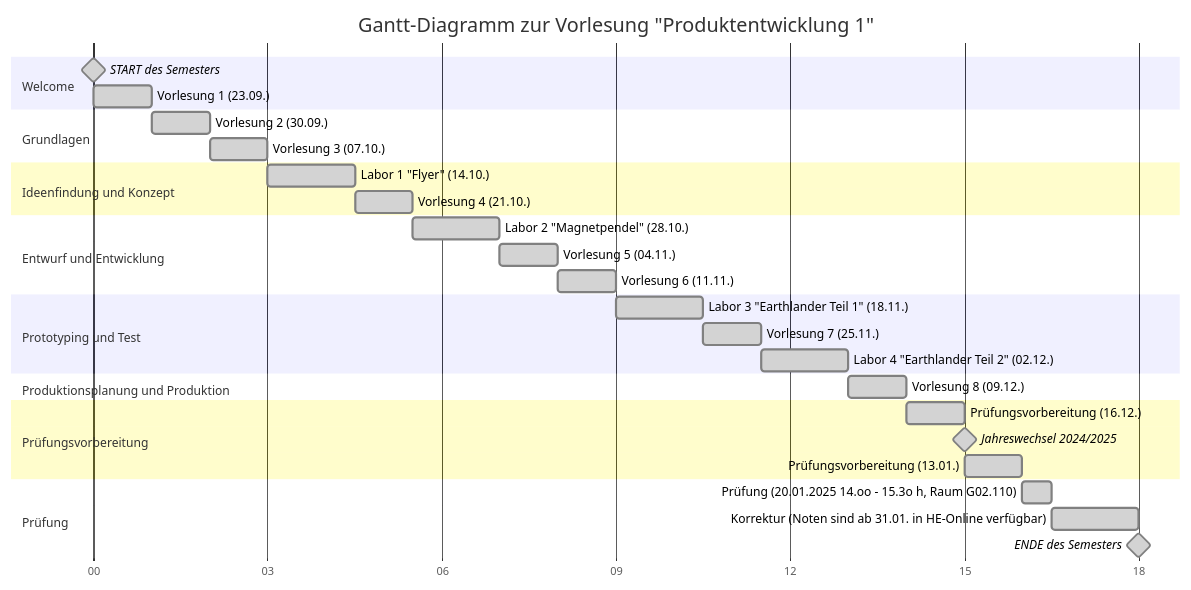
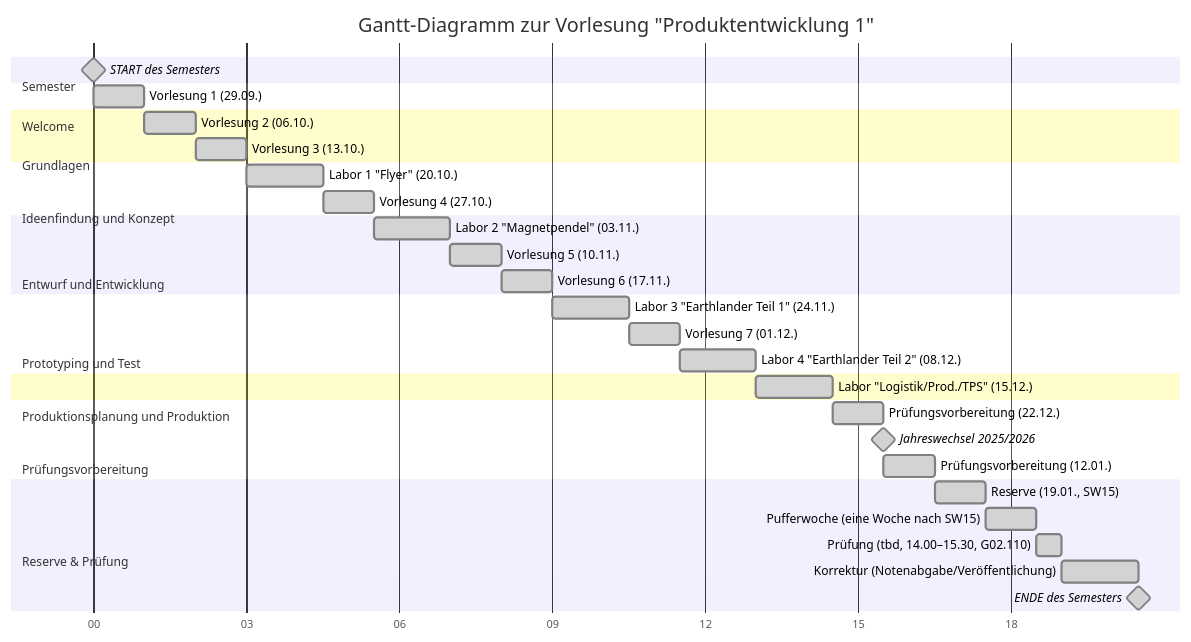
Before and after one commit to mrossde/PE1_PE2: the diagram in Termine.qmd, drawn with Mermaid. The commit also changed other lines of this file, not shown here.

````diff
--- a/Termine.qmd
+++ b/Termine.qmd
@@ -116,38 +228,51 @@
 ```{mermaid}
-%%| fig-width: 
-%%| label: fig-label-gntvorlesungpe1
-%%| fig-cap: "Gantt-Diagramm zur Vorlesung PE1 im Wintersemester 2024/2025 (1 Zeiteinheit = 4x45min)"
+%%| label: fig-gnt-vorl-ws25-units
+%%| fig-cap: "Gantt-Diagramm zur Vorlesung PE1 im Wintersemester 2025/2026 (1 Zeiteinheit = 4×45 min ≙ 1 Doppelblock)"
 gantt
 title Gantt-Diagramm zur Vorlesung "Produktentwicklung 1"
     dateFormat HH:mm
     axisFormat %H
     todayMarker off
 
+    section Semester
+    START des Semesters                          : done, milestone, m1, 00:00, 0m
+
     section Welcome
-    START des Semesters: done, milestone, m1, 00:00, 0m
-    Vorlesung 1 (23.09.) : done, t1, after m1, 1h
+    Vorlesung 1 (29.09.)                         : done, v1,  after m1, 1h
+
     section Grundlagen
-    Vorlesung 2 (30.09.) : done, t2, after t1, 1h
-    Vorlesung 3 (07.10.) : done, t3, after t2, 1h
+    Vorlesung 2 (06.10.)                         : done, v2,  after v1, 1h
+    Vorlesung 3 (13.10.)                         : done, v3,  after v2, 1h
+
     section Ideenfindung und Konzept
-    Labor 1 "Flyer" (14.10.): done, l1, after t3, 90m
-    Vorlesung 4 (21.10.) : done, t4, after l1, 1h
+    Labor 1 "Flyer" (20.10.)                     : done, l1,  after v3, 90m
+    Vorlesung 4 (27.10.)                         : done, v4,  after l1, 1h
+
     section Entwurf und Entwicklung
-    Labor 2 "Magnetpendel" (28.10.) : done, l2, after t4, 90m
-    Vorlesung 5 (04.11.) : done, t5, after l2, 1h
-    Vorlesung 6 (11.11.) : done, t6, after t5, 1h
+    Labor 2 "Magnetpendel" (03.11.)              : done, l2,  after v4, 90m
+    Vorlesung 5 (10.11.)                         : done, v5,  after l2, 1h
+    Vorlesung 6 (17.11.)                         : done, v6,  after v5, 1h
+
     section Prototyping und Test
-    Labor 3 "Earthlander Teil 1" (18.11.) : done, l3, after t6, 90m
-    Vorlesung 7 (25.11.) : done, t7, after l3, 1h
-    Labor 4 "Earthlander Teil 2" (02.12.) : done, l4, after t7, 90m
+    Labor 3 "Earthlander Teil 1" (24.11.)        : done, l3,  after v6, 90m
+    Vorlesung 7 (01.12.)                         : done, v7,  after l3, 1h
+    Labor 4 "Earthlander Teil 2" (08.12.)        : done, l4,  after v7, 90m
+
     section Produktionsplanung und Produktion
-    Vorlesung 8 (09.12.): done, t8, after l4, 1h
+    Labor "Logistik/Prod./TPS" (15.12.)          : done, l5,  after l4, 90m
+
     section Prüfungsvorbereitung
-    Prüfungsvorbereitung (16.12.) : done, t9, after t8, 1h
-    Jahreswechsel 2024/2025 : done, milestone, m2, after t9, 0m
-    Prüfungsvorbereitung (13.01.) : done, t10, after m2, 1h
-    section Prüfung
-    Prüfung (20.01.2025 14.oo - 15.3o h, Raum G02.110): done, p1, after t10, 30m
-    Korrektur (Noten sind ab 31.01. in HE-Online verfügbar) : done, t11, after p1, 90m
-    ENDE des Semesters : done, milestone, m3, after t11, 0m
+    Prüfungsvorbereitung (22.12.)                : done, pv1, after l5, 1h
+    Jahreswechsel 2025/2026                      : done, milestone, m2, after pv1, 0m
+    Prüfungsvorbereitung (12.01.)                : done, pv2, after m2, 1h
+
+    section Reserve & Prüfung
+    Reserve (19.01., SW15)                       : done, rs,  after pv2, 1h
+    Pufferwoche (eine Woche nach SW15)           : done, pw,  after rs, 1h
+    Prüfung (tbd, 14.00–15.30, G02.110)          : done, p1,  after pw, 30m
+    Korrektur (Notenabgabe/Veröffentlichung)     : done, kor, after p1, 90m
+
+    section Semester
+    ENDE des Semesters                           : done, milestone, m3, after kor, 0m
+
 ```
````
